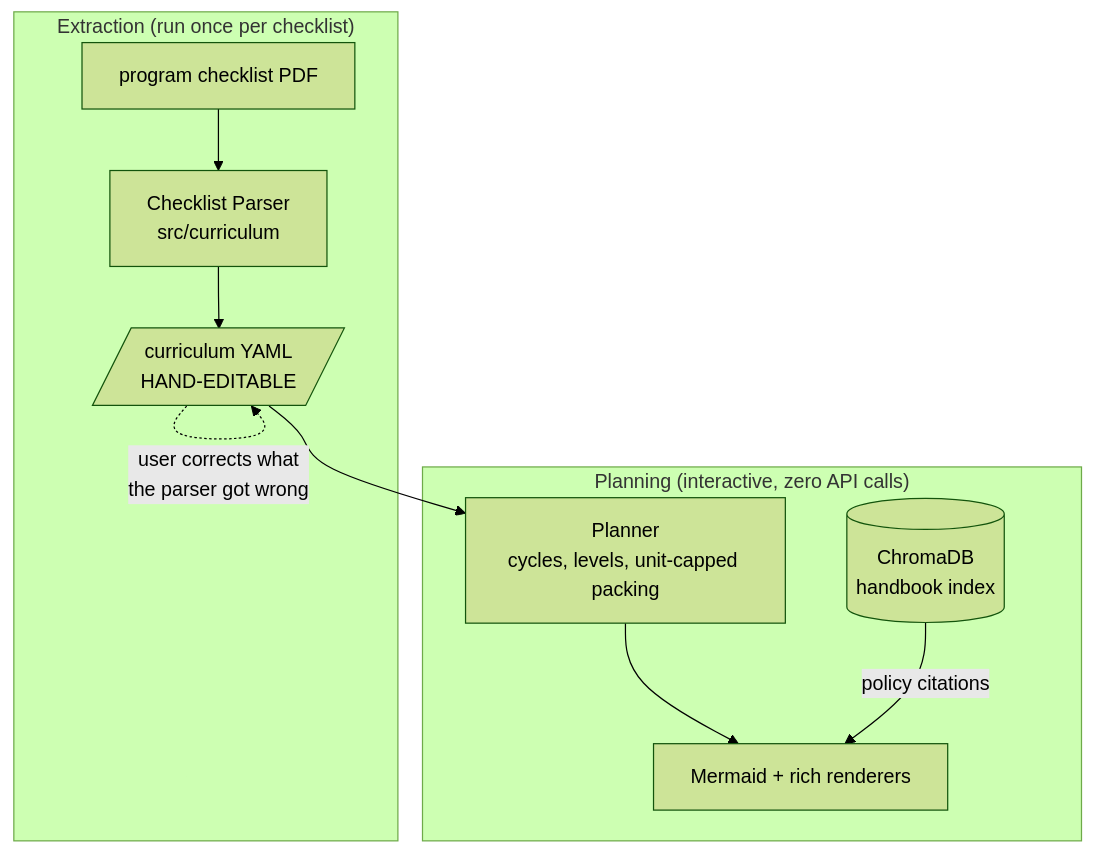
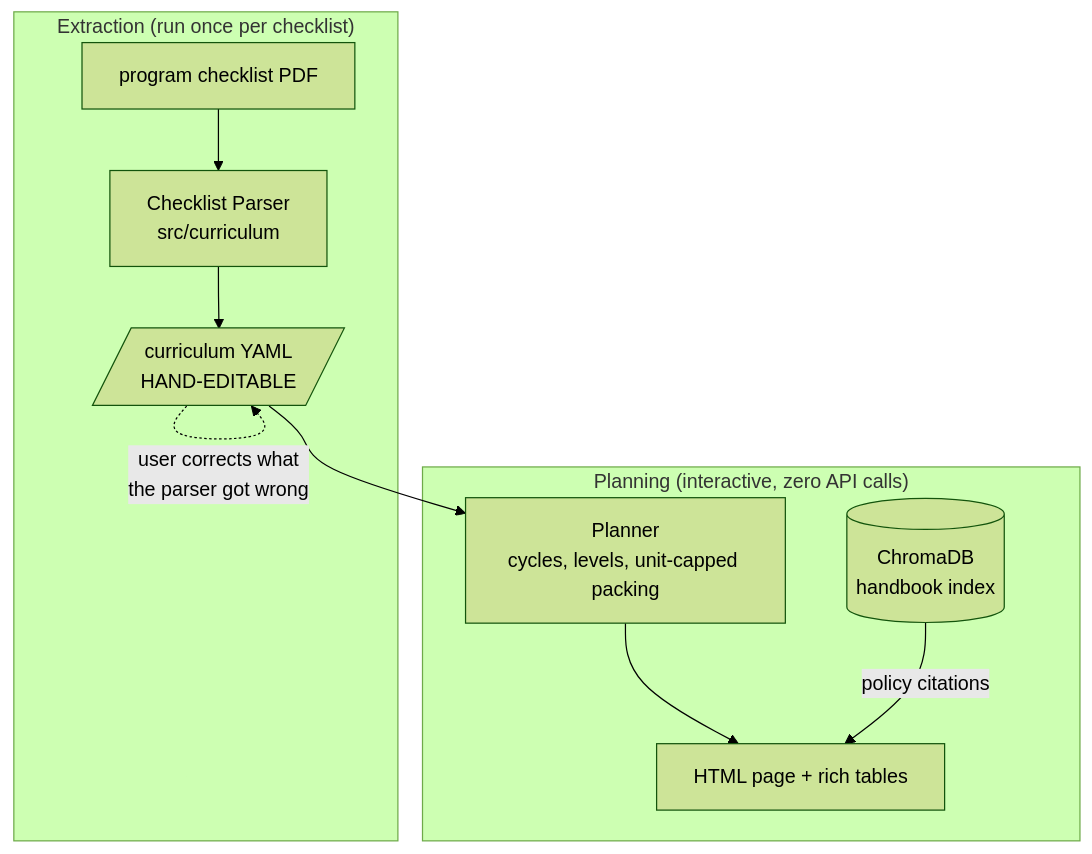
Before and after one commit to Klowieee/CPEGOG3: the second of 2 diagrams in docs/architecture.md, drawn with Mermaid (forest theme). The commit also changed 16 other files, not shown here.

Commit message:
Changed flowchart Format

````diff
--- a/docs/architecture.md
+++ b/docs/architecture.md
@@ -114,14 +114,14 @@
 ```mermaid
 flowchart TB
     subgraph EXTRACT["Extraction (run once per checklist)"]
         P1[program checklist PDF] --> P2[Checklist Parser<br/>src/curriculum]
         P2 --> P3[/curriculum YAML<br/>HAND-EDITABLE/]
         P3 -.->|user corrects what<br/>the parser got wrong| P3
     end
 
     subgraph PLAN["Planning (interactive, zero API calls)"]
         P3 --> P4[Planner<br/>cycles, levels, unit-capped packing]
-        P4 --> P5[Mermaid + rich renderers]
+        P4 --> P5[HTML page + rich tables]
         P6[(ChromaDB<br/>handbook index)] -->|policy citations| P5
     end
 ```
````
